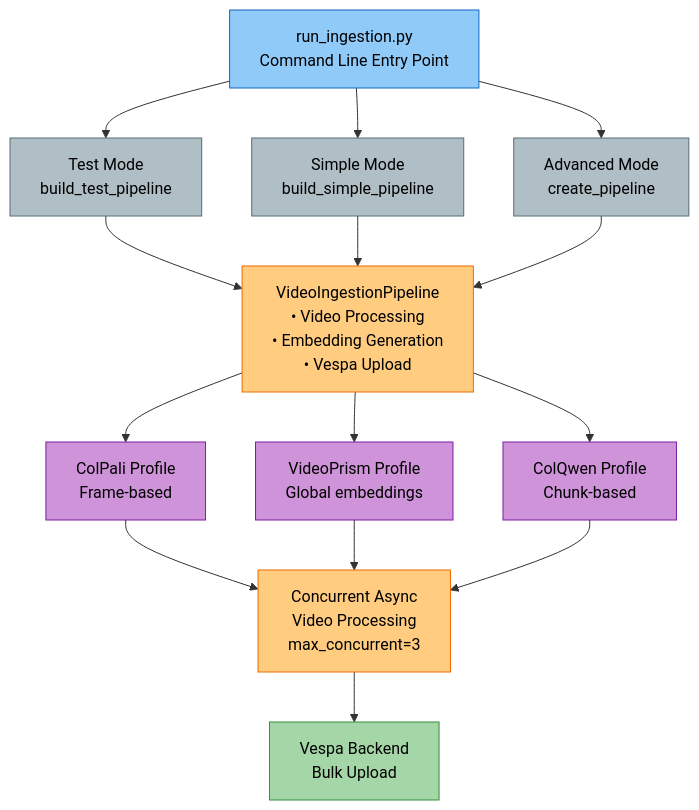
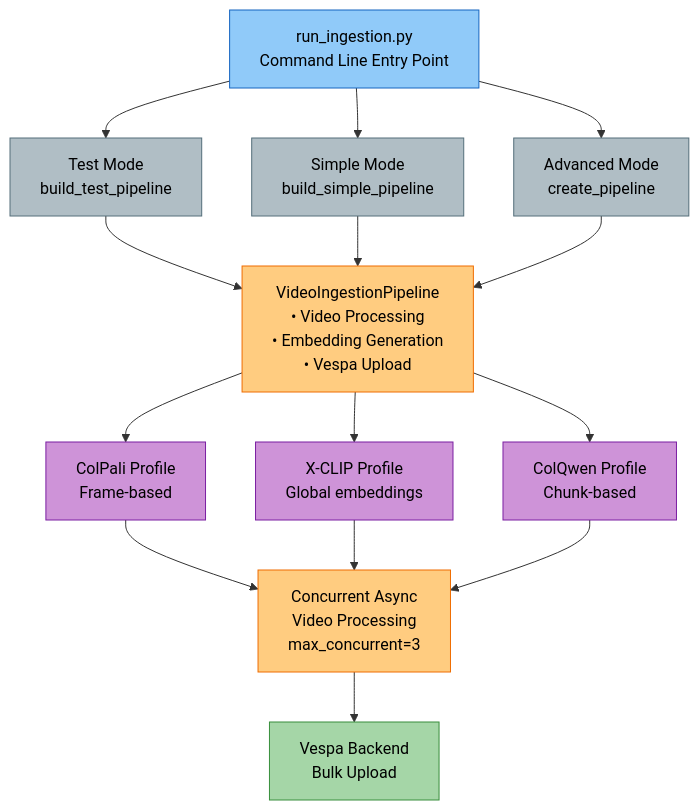
One commit to amit-jain/cogniverse changed the first of 8 diagrams in docs/development/scripts-operations.md. Above: the diagram before and after it, drawn with Mermaid. The commit also changed other lines of this file and 168 other files, not shown here.

First line of the commit message:
Remove VideoPrism; X-CLIP is the video embedder

````diff
--- a/docs/development/scripts-operations.md
+++ b/docs/development/scripts-operations.md
@@ -121,47 +121,47 @@
 ```mermaid
 flowchart TB
     Entry["<span style='color:#000'>run_ingestion.py<br/>Command Line Entry Point</span>"]
 
     TestMode["<span style='color:#000'>Test Mode<br/>build_test_pipeline</span>"]
     SimpleMode["<span style='color:#000'>Simple Mode<br/>build_simple_pipeline</span>"]
     AdvMode["<span style='color:#000'>Advanced Mode<br/>create_pipeline</span>"]
 
     Pipeline["<span style='color:#000'>VideoIngestionPipeline<br/>• Video Processing<br/>• Embedding Generation<br/>• Vespa Upload</span>"]
 
     ColPali["<span style='color:#000'>ColPali Profile<br/>Frame-based</span>"]
-    VideoPrism["<span style='color:#000'>VideoPrism Profile<br/>Global embeddings</span>"]
+    X-CLIP["<span style='color:#000'>X-CLIP Profile<br/>Global embeddings</span>"]
     ColQwen["<span style='color:#000'>ColQwen Profile<br/>Chunk-based</span>"]
 
     Concurrent["<span style='color:#000'>Concurrent Async<br/>Video Processing<br/>max_concurrent=3</span>"]
 
     Vespa["<span style='color:#000'>Vespa Backend<br/>Bulk Upload</span>"]
 
     Entry --> TestMode
     Entry --> SimpleMode
     Entry --> AdvMode
 
     TestMode --> Pipeline
     SimpleMode --> Pipeline
     AdvMode --> Pipeline
 
     Pipeline --> ColPali
-    Pipeline --> VideoPrism
+    Pipeline --> X-CLIP
     Pipeline --> ColQwen
 
     ColPali --> Concurrent
-    VideoPrism --> Concurrent
+    X-CLIP --> Concurrent
     ColQwen --> Concurrent
 
     Concurrent --> Vespa
 
     style Entry fill:#90caf9,stroke:#1565c0,color:#000
     style TestMode fill:#b0bec5,stroke:#546e7a,color:#000
     style SimpleMode fill:#b0bec5,stroke:#546e7a,color:#000
     style AdvMode fill:#b0bec5,stroke:#546e7a,color:#000
     style Pipeline fill:#ffcc80,stroke:#ef6c00,color:#000
     style ColPali fill:#ce93d8,stroke:#7b1fa2,color:#000
-    style VideoPrism fill:#ce93d8,stroke:#7b1fa2,color:#000
+    style X-CLIP fill:#ce93d8,stroke:#7b1fa2,color:#000
     style ColQwen fill:#ce93d8,stroke:#7b1fa2,color:#000
     style Concurrent fill:#ffcc80,stroke:#ef6c00,color:#000
     style Vespa fill:#a5d6a7,stroke:#388e3c,color:#000
 ```
````
